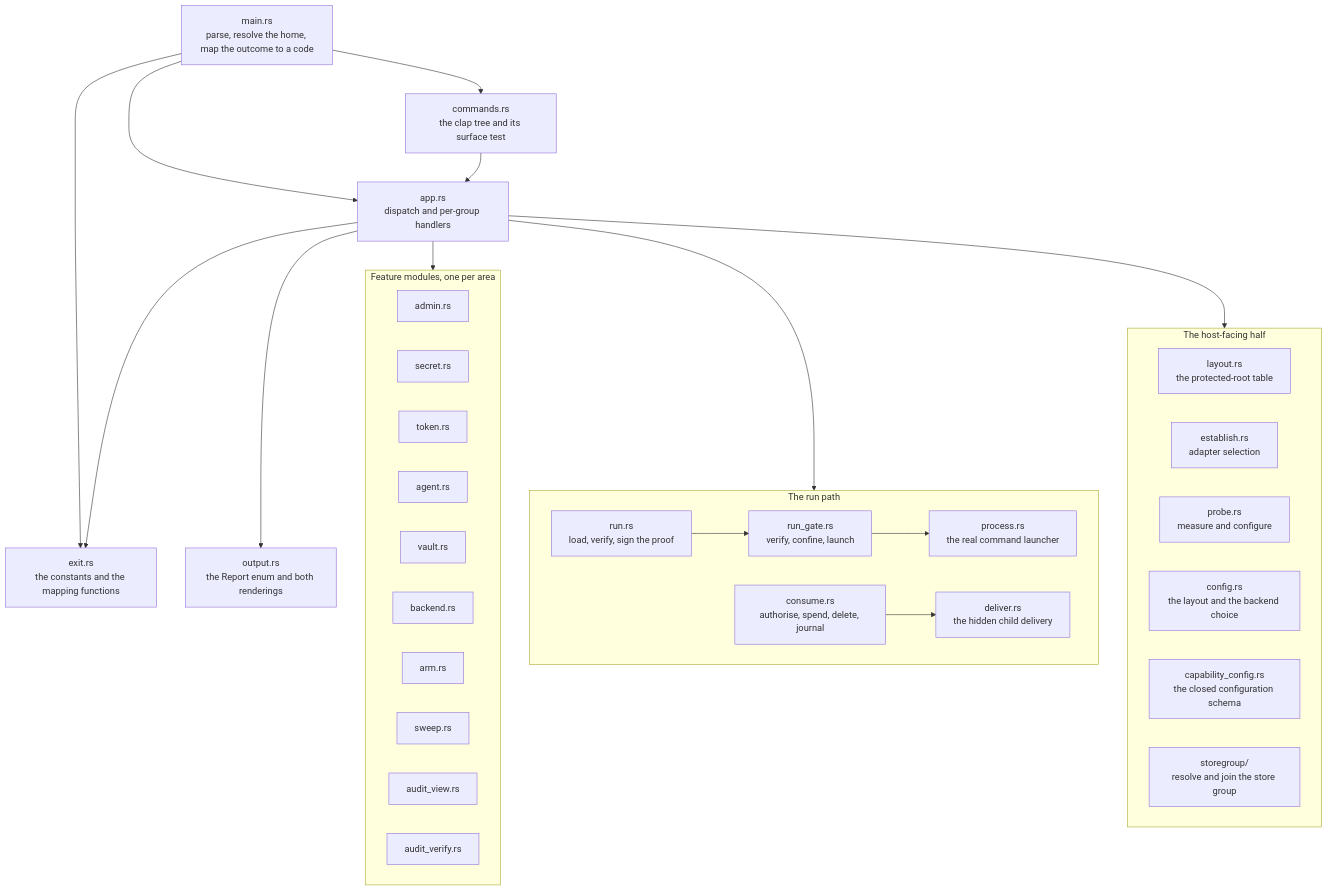
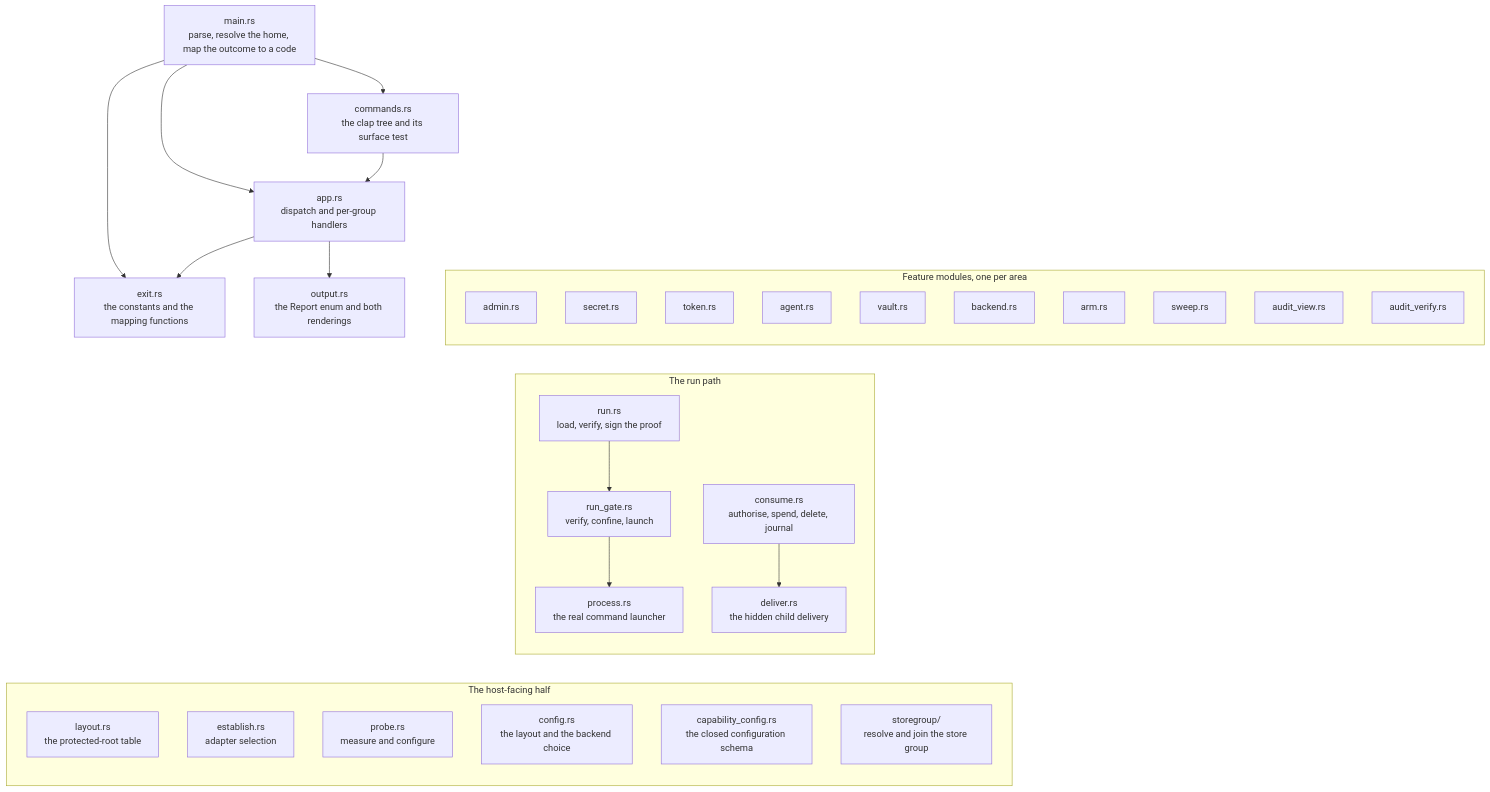
One commit to bruj0/keyspout changed the first of 5 diagrams in site/docs/components/ksp-cli.md. Above: the diagram before and after it, drawn with Mermaid. The commit also changed other lines of this file and 22 other files, not shown here.

First line of the commit message:
feat(site): zoom every diagram, and make the wide ones vertical (#21)

````diff
--- a/site/docs/components/ksp-cli.md
+++ b/site/docs/components/ksp-cli.md
@@ -39,52 +39,57 @@
 ```mermaid
 graph TB
   MAIN["main.rs<br/>parse, resolve the home, map the outcome to a code"]
   COMMANDS["commands.rs<br/>the clap tree and its surface test"]
   APP["app.rs<br/>dispatch and per-group handlers"]
   EXIT["exit.rs<br/>the constants and the mapping functions"]
 
   subgraph Feature["Feature modules, one per area"]
+      direction TB
     ADMIN["admin.rs"]
     SECRET["secret.rs"]
     TOKEN["token.rs"]
     AGENT["agent.rs"]
     VAULT["vault.rs"]
     BACKEND["backend.rs"]
     ARM["arm.rs"]
     SWEEP["sweep.rs"]
     AUDITV["audit_view.rs"]
     AUDITV2["audit_verify.rs"]
   end
 
   subgraph Runpath["The run path"]
+      direction TB
     RUN["run.rs<br/>load, verify, sign the proof"]
     GATE["run_gate.rs<br/>verify, confine, launch"]
     CONSUME["consume.rs<br/>authorise, spend, delete, journal"]
     DELIVER["deliver.rs<br/>the hidden child delivery"]
     PROCESS["process.rs<br/>the real command launcher"]
   end
 
   subgraph Host["The host-facing half"]
+      direction TB
     LAYOUT["layout.rs<br/>the protected-root table"]
     ESTABLISH["establish.rs<br/>adapter selection"]
     PROBE["probe.rs<br/>measure and configure"]
     CONFIG["config.rs<br/>the layout and the backend choice"]
     CAPCFG["capability_config.rs<br/>the closed configuration schema"]
     STOREGRP["storegroup/<br/>resolve and join the store group"]
   end
 
   OUTPUT["output.rs<br/>the Report enum and both renderings"]
 
   MAIN --> COMMANDS
   MAIN --> APP
   MAIN --> EXIT
   COMMANDS --> APP
   APP --> EXIT
   APP --> OUTPUT
-  APP --> Feature
-  APP --> Runpath
-  APP --> Host
+  APP ~~~ Feature
+  APP ~~~ Runpath
+  APP ~~~ Host
   RUN --> GATE
   GATE --> PROCESS
   CONSUME --> DELIVER
+  Feature ~~~ Runpath
+  Runpath ~~~ Host
 ```
````
